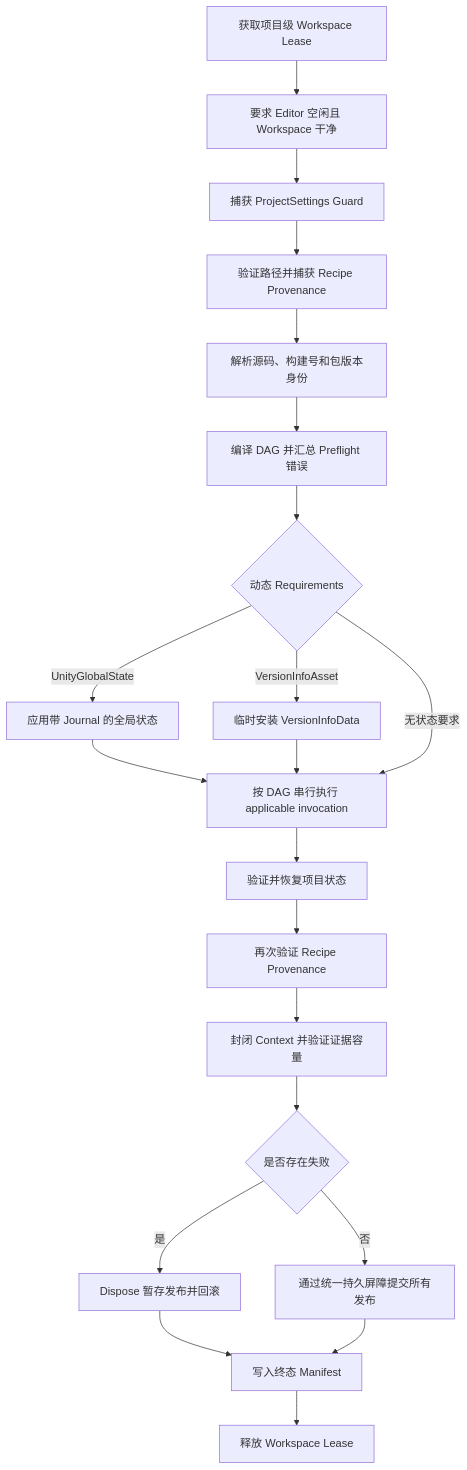
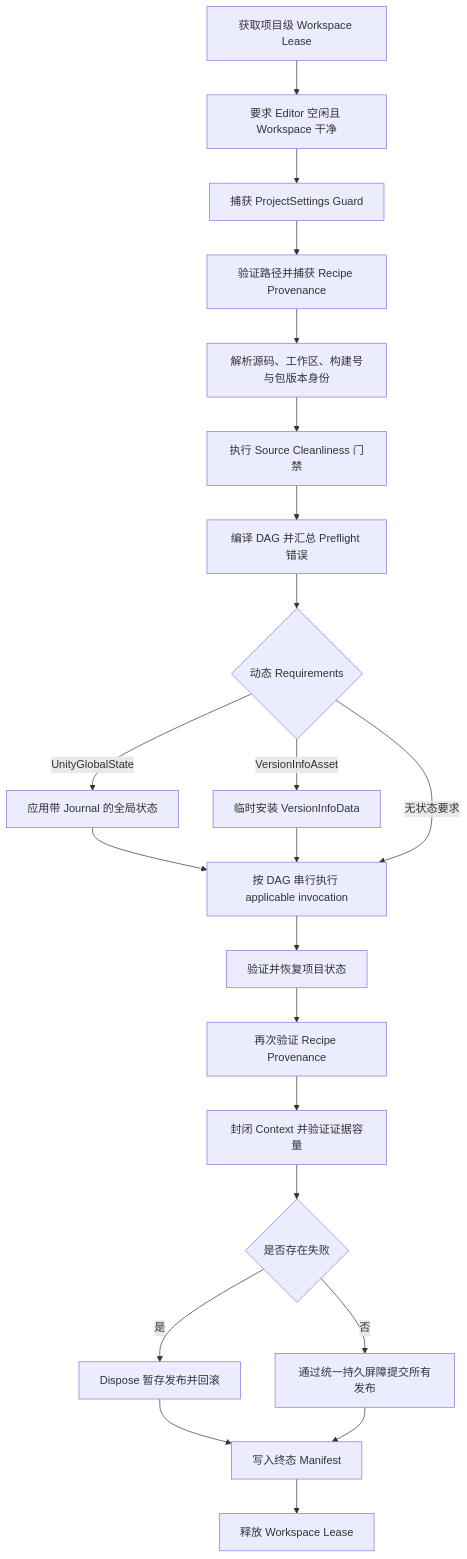
Before and after one commit to MaiKuraki/UnityStarter: the fourth of 14 diagrams in UnityStarter/Assets/Build/README.SCH.md, drawn with Mermaid. The commit also changed other lines of this file and 36 other files, not shown here.

````diff
--- a/UnityStarter/Assets/Build/README.SCH.md
+++ b/UnityStarter/Assets/Build/README.SCH.md
@@ -359,23 +362,24 @@
 ```mermaid
 flowchart TD
     A["获取项目级 Workspace Lease"] --> B["要求 Editor 空闲且 Workspace 干净"]
     B --> C["捕获 ProjectSettings Guard"]
     C --> D["验证路径并捕获 Recipe Provenance"]
-    D --> E["解析源码、构建号和包版本身份"]
-    E --> F["编译 DAG 并汇总 Preflight 错误"]
+    D --> E["解析源码、工作区、构建号与包版本身份"]
+    E --> S["执行 Source Cleanliness 门禁"]
+    S --> F["编译 DAG 并汇总 Preflight 错误"]
     F --> G{"动态 Requirements"}
     G -->|"UnityGlobalState"| H["应用带 Journal 的全局状态"]
     G -->|"VersionInfoAsset"| I["临时安装 VersionInfoData"]
     H --> J["按 DAG 串行执行 applicable invocation"]
     I --> J
     G -->|"无状态要求"| J
     J --> K["验证并恢复项目状态"]
     K --> L["再次验证 Recipe Provenance"]
     L --> M["封闭 Context 并验证证据容量"]
     M --> N{"是否存在失败"}
     N -->|"是"| O["Dispose 暂存发布并回滚"]
     N -->|"否"| P["通过统一持久屏障提交所有发布"]
     O --> Q["写入终态 Manifest"]
     P --> Q
     Q --> R["释放 Workspace Lease"]
 ```
````
